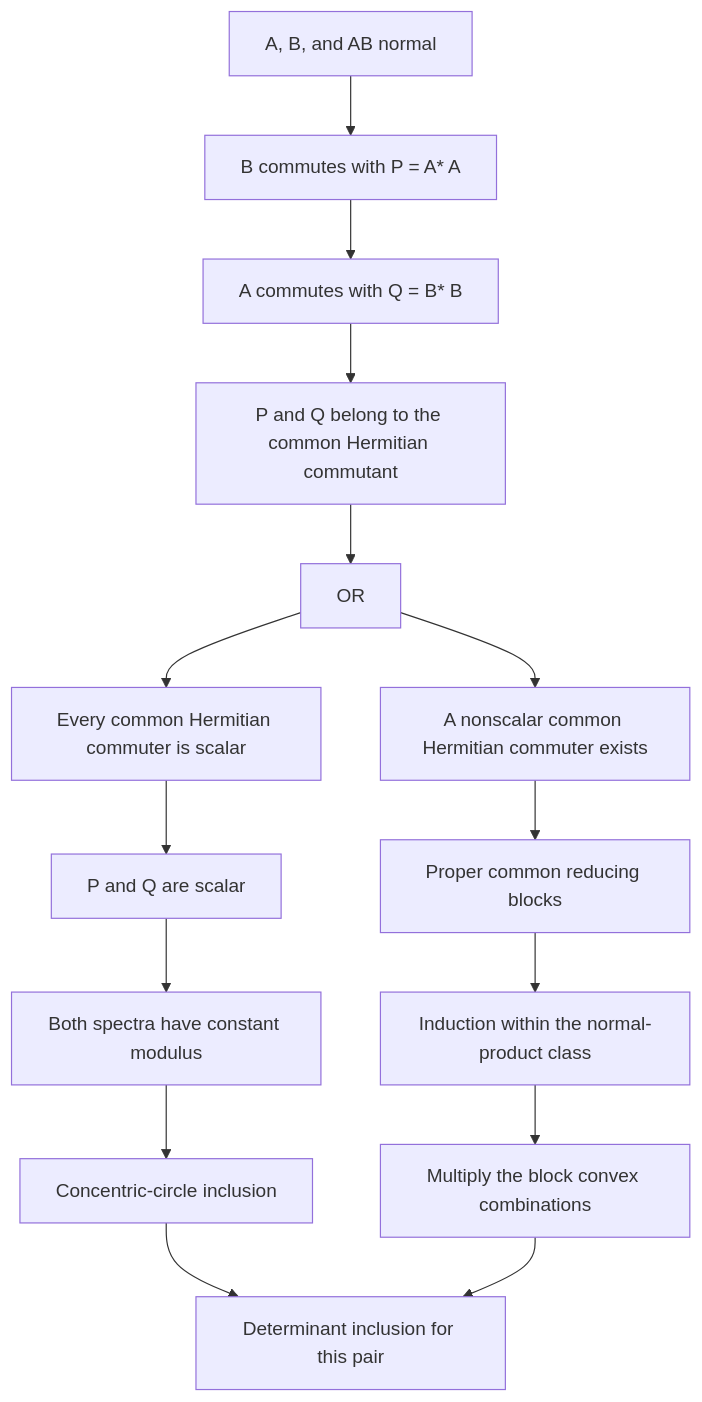
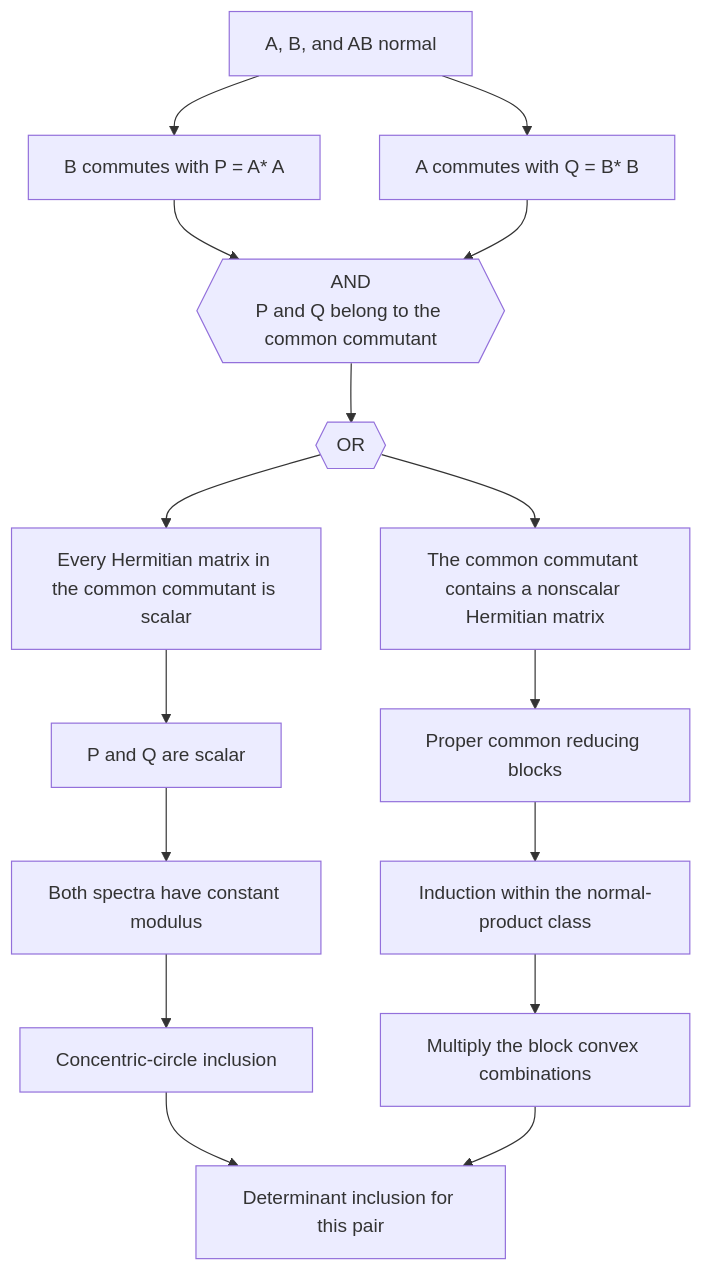
The first of 2 diagrams in Docs/normal-products-proof-map.md (ascendnoosphere/MOC), drawn with Mermaid before and after one commit. The commit also changed other lines of this file and 11 other files, not shown here.

````diff
--- a/Docs/normal-products-proof-map.md
+++ b/Docs/normal-products-proof-map.md
@@ -31,20 +31,22 @@
 ```mermaid
 flowchart TD
     N["A, B, and AB normal"]
     P["B commutes with P = A* A"]
     Q["A commutes with Q = B* B"]
-    C["P and Q belong to the common Hermitian commutant"]
-    R["OR"]
-    S["Every common Hermitian commuter is scalar"]
-    H["A nonscalar common Hermitian commuter exists"]
+    C{{"AND<br/>P and Q belong to the common commutant"}}
+    R{{"OR"}}
+    S["Every Hermitian matrix in the common commutant is scalar"]
+    H["The common commutant contains a nonscalar Hermitian matrix"]
     G["P and Q are scalar"]
     B["Proper common reducing blocks"]
     T["Both spectra have constant modulus"]
     I["Induction within the normal-product class"]
     F["Concentric-circle inclusion"]
     D["Multiply the block convex combinations"]
     M["Determinant inclusion for this pair"]
-    N --> P --> Q --> C --> R
+    N --> P --> C
+    N --> Q --> C
+    C --> R
     R --> S --> G --> T --> F --> M
     R --> H --> B --> I --> D --> M
 ```
````
